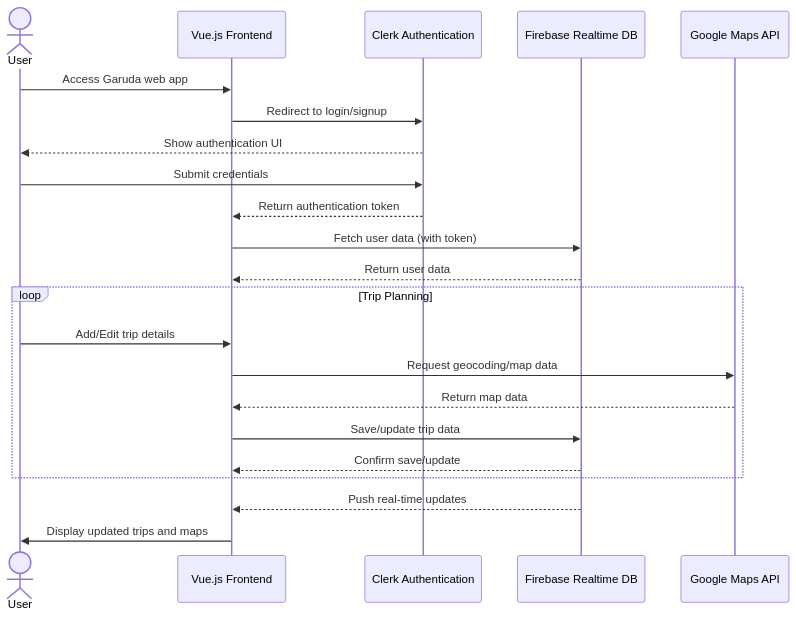
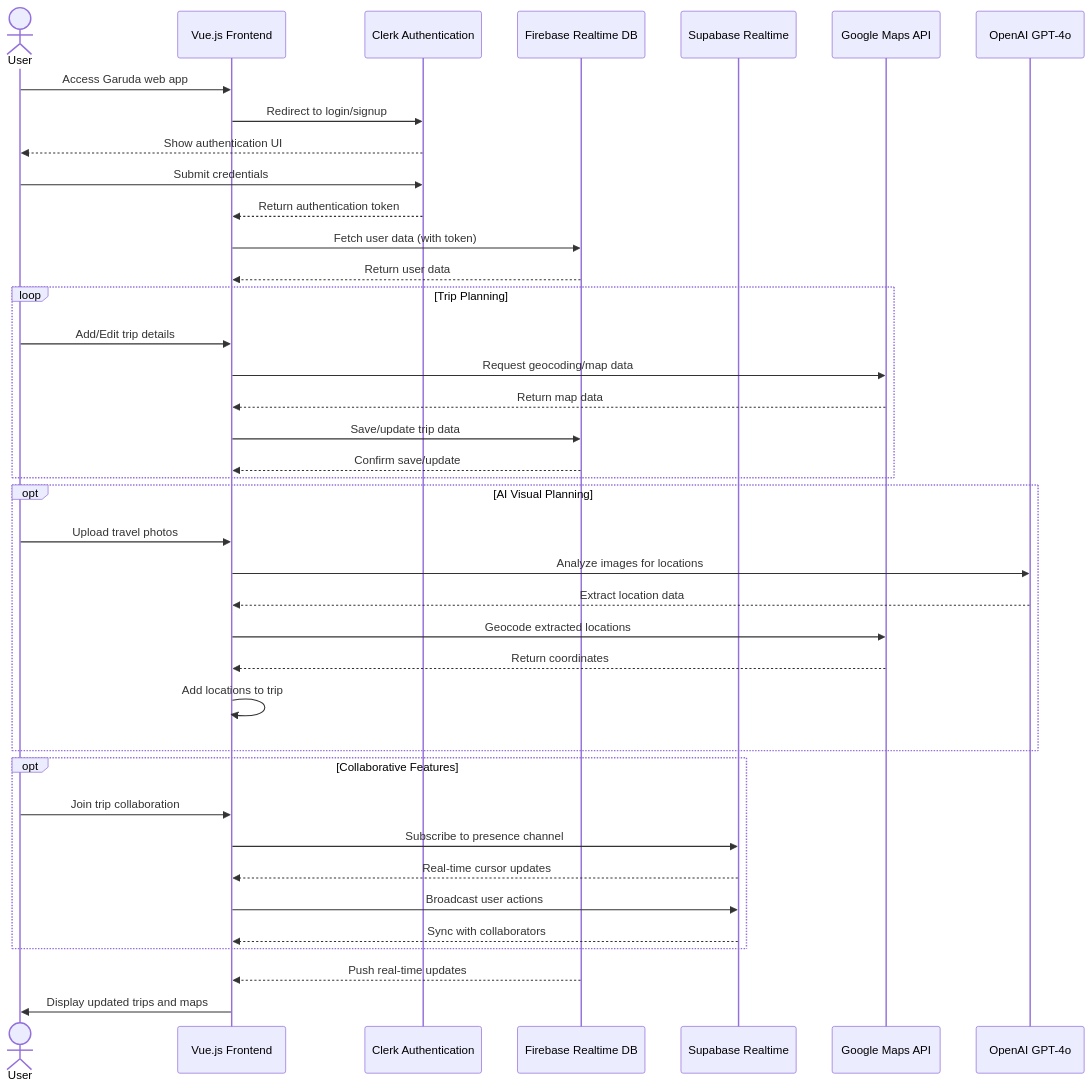
Before and after one commit to gongahkia/garuda: the diagram in README.md, drawn with Mermaid. The commit also changed other lines of this file, not shown here.

````diff
--- a/README.md
+++ b/README.md
@@ -82,27 +120,46 @@
 ```mermaid
 sequenceDiagram
     actor User
     participant VueFrontend as Vue.js Frontend
     participant ClerkAuth as Clerk Authentication
     participant FirebaseDB as Firebase Realtime DB
+    participant SupabaseRT as Supabase Realtime
     participant GoogleMaps as Google Maps API
+    participant OpenAI as OpenAI GPT-4o
 
     User->>VueFrontend: Access Garuda web app
     VueFrontend->>ClerkAuth: Redirect to login/signup
     ClerkAuth-->>User: Show authentication UI
     User->>ClerkAuth: Submit credentials
     ClerkAuth-->>VueFrontend: Return authentication token
     VueFrontend->>FirebaseDB: Fetch user data (with token)
     FirebaseDB-->>VueFrontend: Return user data
 
     loop Trip Planning
         User->>VueFrontend: Add/Edit trip details
         VueFrontend->>GoogleMaps: Request geocoding/map data
         GoogleMaps-->>VueFrontend: Return map data
         VueFrontend->>FirebaseDB: Save/update trip data
         FirebaseDB-->>VueFrontend: Confirm save/update
     end
 
+    opt AI Visual Planning
+        User->>VueFrontend: Upload travel photos
+        VueFrontend->>OpenAI: Analyze images for locations
+        OpenAI-->>VueFrontend: Extract location data
+        VueFrontend->>GoogleMaps: Geocode extracted locations
+        GoogleMaps-->>VueFrontend: Return coordinates
+        VueFrontend->>VueFrontend: Add locations to trip
+    end
+
+    opt Collaborative Features
+        User->>VueFrontend: Join trip collaboration
+        VueFrontend->>SupabaseRT: Subscribe to presence channel
+        SupabaseRT-->>VueFrontend: Real-time cursor updates
+        VueFrontend->>SupabaseRT: Broadcast user actions
+        SupabaseRT-->>VueFrontend: Sync with collaborators
+    end
+
     FirebaseDB-->>VueFrontend: Push real-time updates
     VueFrontend->>User: Display updated trips and maps
 ```
````
